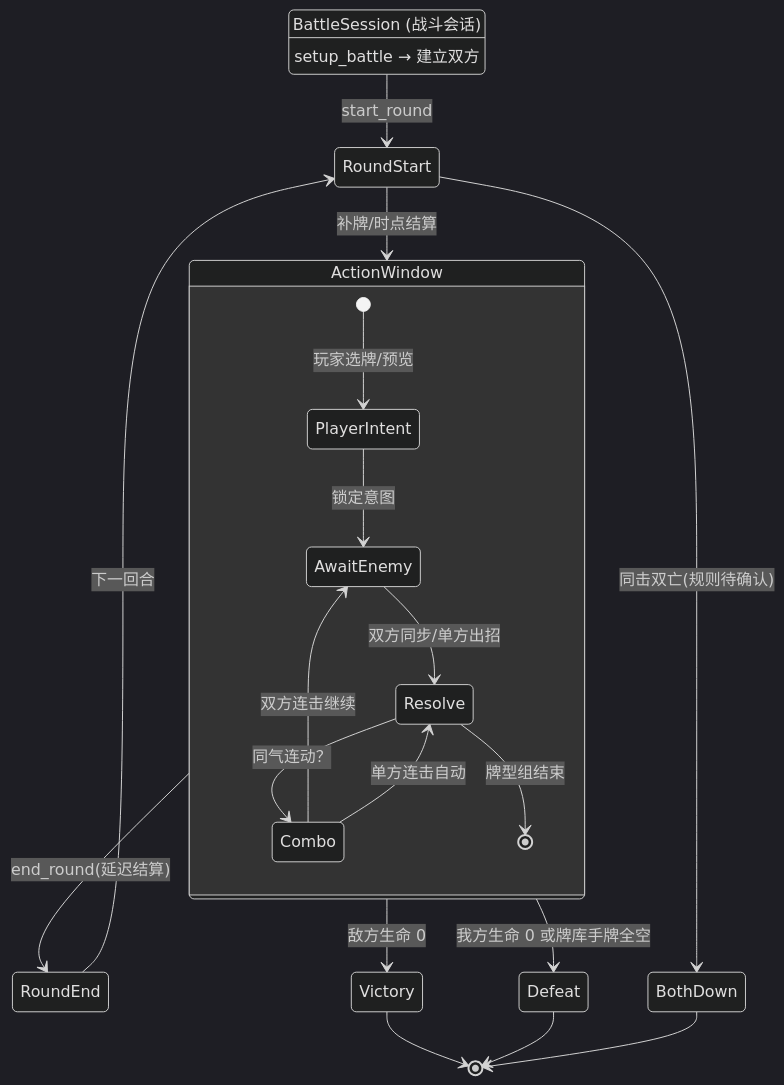
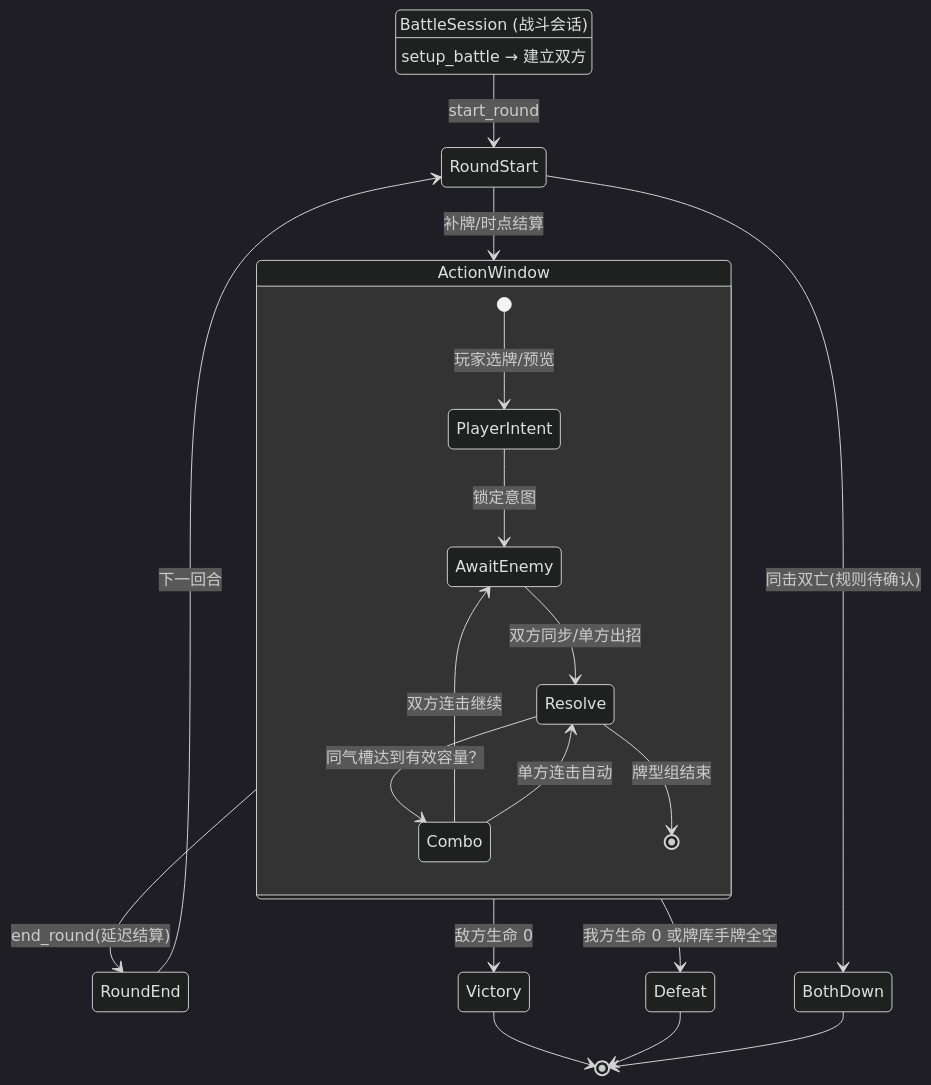
One commit to duguyumei/games changed the tenth of 16 diagrams in combo_duel_vslice/docs/architecture-diagrams.md. Above: the diagram before and after it, drawn with Mermaid (dark theme). The commit also changed 124 other files, not shown here.

First line of the commit message:
已完整实现49门山系功法及公共底层，没有创建分支、worktree或提交，也未修改 `production_sequences.json`。

````diff
--- a/combo_duel_vslice/docs/architecture-diagrams.md
+++ b/combo_duel_vslice/docs/architecture-diagrams.md
@@ -404,24 +404,24 @@
 ```mermaid
 stateDiagram-v2
     state "BattleSession (战斗会话)" as BS
     BS : setup_battle → 建立双方
     BS --> RoundStart : start_round
     RoundStart --> ActionWindow : 补牌/时点结算
     state ActionWindow {
         [*] --> PlayerIntent : 玩家选牌/预览
         PlayerIntent --> AwaitEnemy : 锁定意图
         AwaitEnemy --> Resolve : 双方同步/单方出招
-        Resolve --> Combo : 同气连动？
+        Resolve --> Combo : 同气槽达到有效容量？
         Combo --> AwaitEnemy : 双方连击继续
         Combo --> Resolve : 单方连击自动
         Resolve --> [*] : 牌型组结束
     }
     ActionWindow --> RoundEnd : end_round(延迟结算)
     RoundEnd --> RoundStart : 下一回合
     ActionWindow --> Victory : 敌方生命 0
     ActionWindow --> Defeat : 我方生命 0 或牌库手牌全空
     Victory --> [*]
     Defeat --> [*]
     RoundStart --> BothDown : 同击双亡(规则待确认)
     BothDown --> [*]
 ```
````
